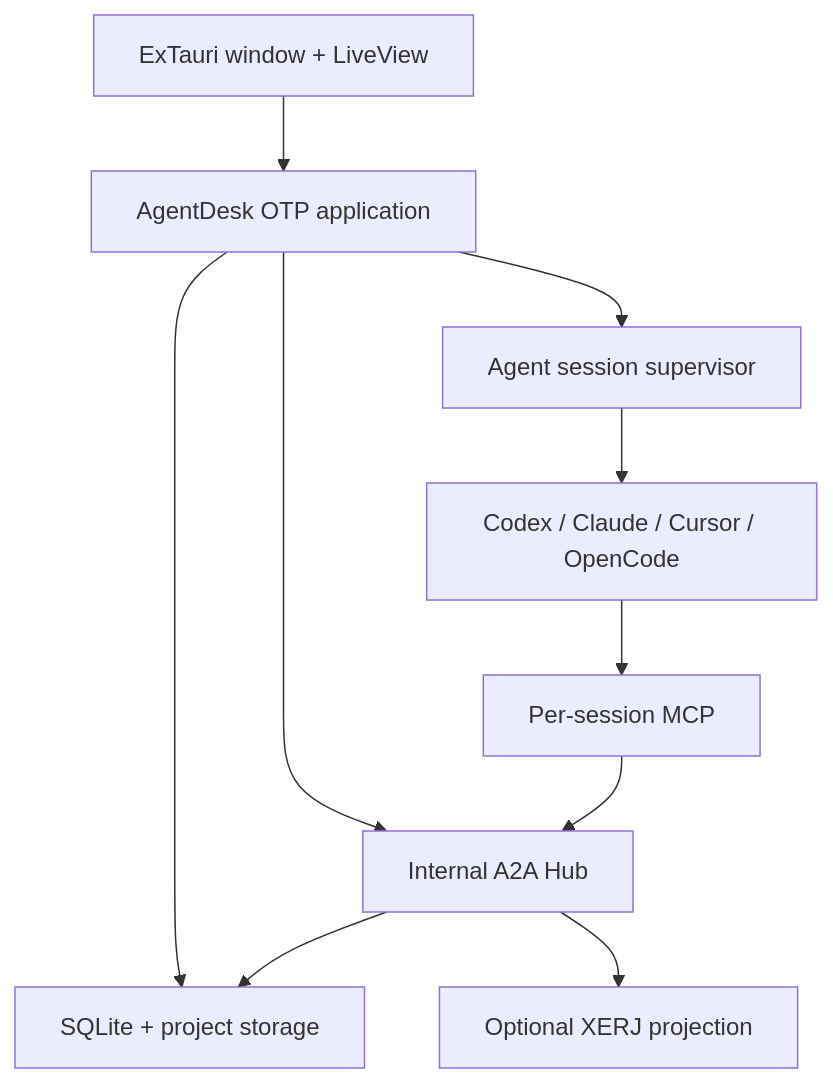
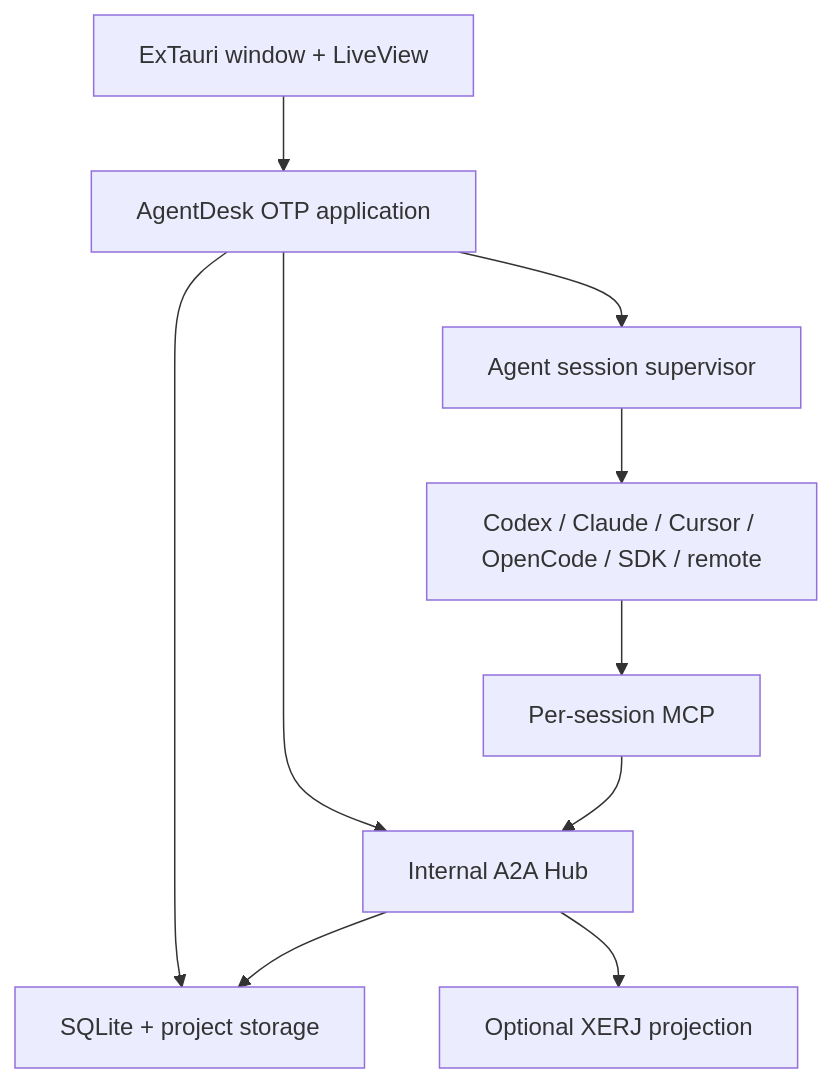
Before and after one commit to mpakus/cuckoding.com: the first of 4 diagrams in docs/ARCHITECTURE.md, drawn with Mermaid. The commit also changed other lines of this file and 101 other files, not shown here.

````diff
--- a/docs/ARCHITECTURE.md
+++ b/docs/ARCHITECTURE.md
@@ -7,12 +7,12 @@
 ```mermaid
 flowchart TD
     UI["ExTauri window + LiveView"] --> APP["AgentDesk OTP application"]
     APP --> SESS["Agent session supervisor"]
     APP --> HUB["Internal A2A Hub"]
     APP --> DATA["SQLite + project storage"]
-    SESS --> PROVIDERS["Codex / Claude / Cursor / OpenCode"]
+    SESS --> PROVIDERS["Codex / Claude / Cursor / OpenCode / SDK / remote"]
     PROVIDERS --> MCP["Per-session MCP"]
     MCP --> HUB
     HUB --> DATA
     HUB --> SEARCH["Optional XERJ projection"]
 ```
````
